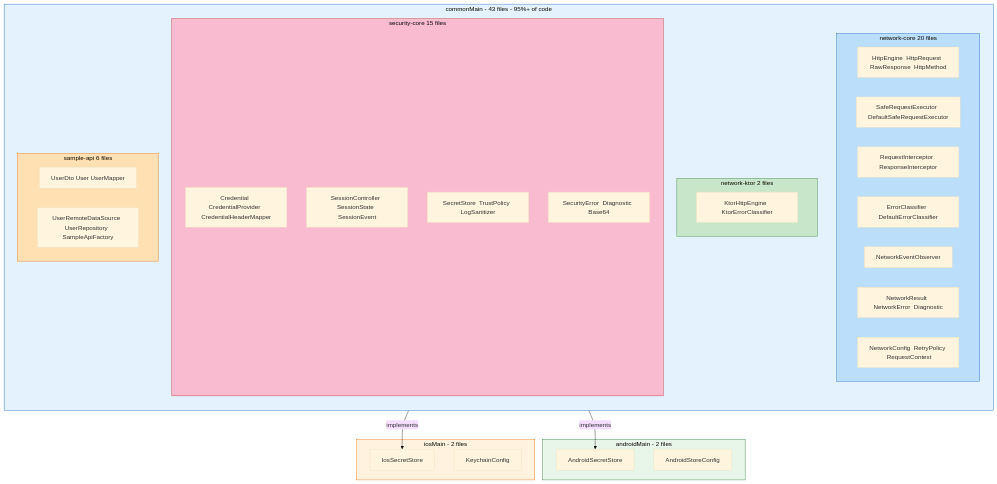
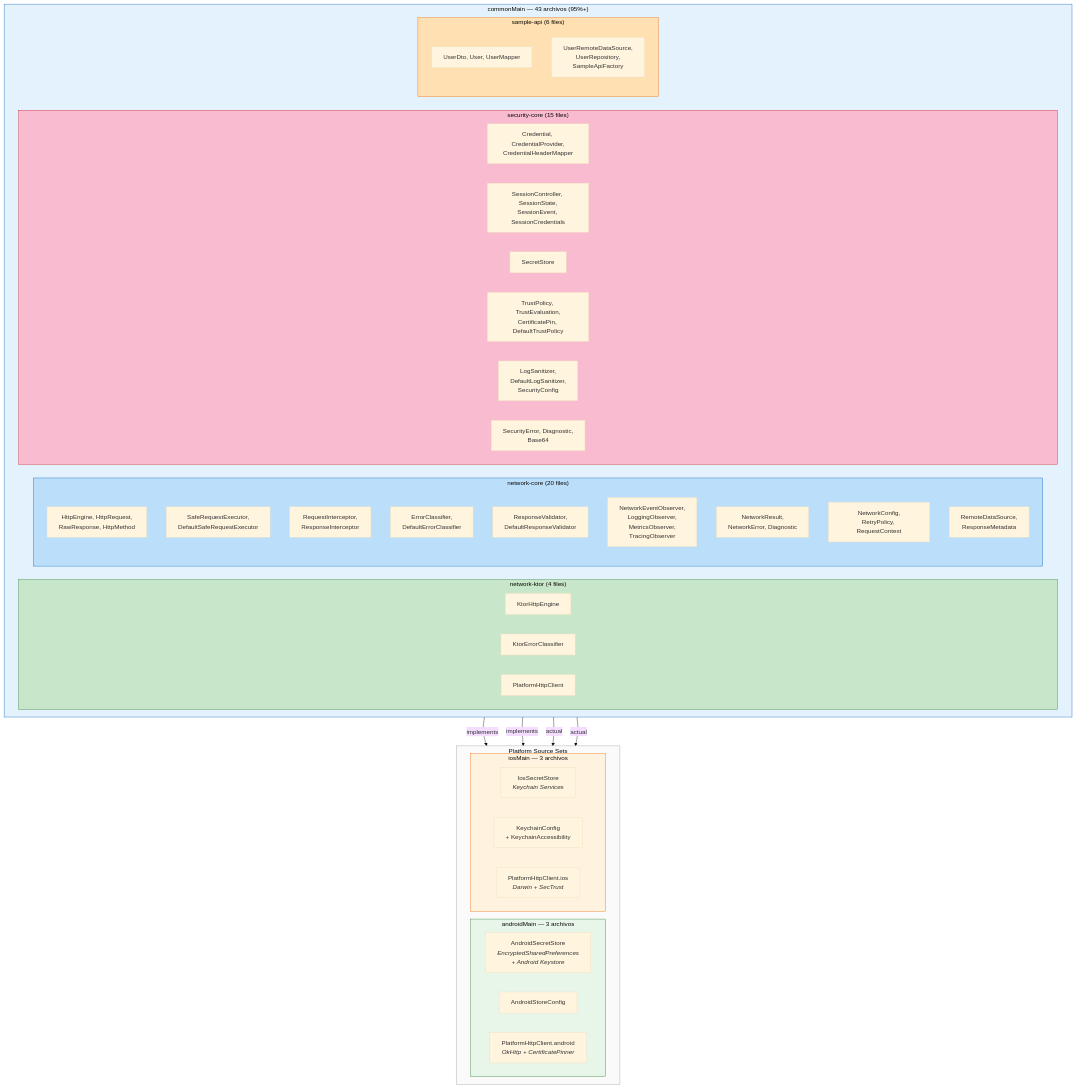
One commit to DanCrRdz93/core-data-platform changed the diagram in docs/diagrams/mmd/04-kmp-strategy.mmd. Above: the diagram before and after it, drawn with Mermaid (base theme). The commit also changed 18 other files, not shown here.

Commit message:
upgrade diagrams

```diff
--- a/docs/diagrams/mmd/04-kmp-strategy.mmd
+++ b/docs/diagrams/mmd/04-kmp-strategy.mmd
@@ -1,50 +1,64 @@
 graph TB
-    subgraph commonMain["commonMain  -  43 files  -  95%+ of code"]
-        direction TB
-        subgraph nc_common["network-core  20 files"]
-            NC1["HttpEngine  HttpRequest  RawResponse  HttpMethod"]
-            NC2["SafeRequestExecutor  DefaultSafeRequestExecutor"]
-            NC3["RequestInterceptor  ResponseInterceptor"]
-            NC4["ErrorClassifier  DefaultErrorClassifier"]
-            NC5["NetworkEventObserver"]
-            NC6["NetworkResult  NetworkError  Diagnostic"]
-            NC7["NetworkConfig  RetryPolicy  RequestContext"]
+    subgraph commonMain["commonMain — 43 archivos (95%+)"]
+        direction LR
+        subgraph nc_common["network-core (20 files)"]
+            NC1["HttpEngine, HttpRequest,<br/>RawResponse, HttpMethod"]
+            NC2["SafeRequestExecutor,<br/>DefaultSafeRequestExecutor"]
+            NC3["RequestInterceptor,<br/>ResponseInterceptor"]
+            NC4["ErrorClassifier,<br/>DefaultErrorClassifier"]
+            NC5["ResponseValidator,<br/>DefaultResponseValidator"]
+            NC6["NetworkEventObserver,<br/>LoggingObserver,<br/>MetricsObserver,<br/>TracingObserver"]
+            NC7["NetworkResult,<br/>NetworkError, Diagnostic"]
+            NC8["NetworkConfig,<br/>RetryPolicy, RequestContext"]
+            NC9["RemoteDataSource,<br/>ResponseMetadata"]
         end
 
-        subgraph nk_common["network-ktor  2 files"]
-            NK1["KtorHttpEngine  KtorErrorClassifier"]
+        subgraph nk_common["network-ktor (4 files)"]
+            NK1["KtorHttpEngine"]
+            NK2["KtorErrorClassifier"]
+            NK3["PlatformHttpClient"]
         end
 
-        subgraph sc_common["security-core  15 files"]
-            SC1["Credential  CredentialProvider  CredentialHeaderMapper"]
-            SC2["SessionController  SessionState  SessionEvent"]
-            SC3["SecretStore  TrustPolicy  LogSanitizer"]
-            SC4["SecurityError  Diagnostic  Base64"]
+        subgraph sc_common["security-core (15 files)"]
+            SC1["Credential, CredentialProvider,<br/>CredentialHeaderMapper"]
+            SC2["SessionController, SessionState,<br/>SessionEvent, SessionCredentials"]
+            SC3["SecretStore"]
+            SC4["TrustPolicy, TrustEvaluation,<br/>CertificatePin, DefaultTrustPolicy"]
+            SC5["LogSanitizer,<br/>DefaultLogSanitizer,<br/>SecurityConfig"]
+            SC6["SecurityError, Diagnostic,<br/>Base64"]
         end
 
-        subgraph sa_common["sample-api  6 files"]
-            SA1["UserDto  User  UserMapper"]
-            SA2["UserRemoteDataSource  UserRepository  SampleApiFactory"]
+        subgraph sa_common["sample-api (6 files)"]
+            SA1["UserDto, User, UserMapper"]
+            SA2["UserRemoteDataSource,<br/>UserRepository,<br/>SampleApiFactory"]
         end
     end
 
-    subgraph androidMain["androidMain  -  2 files"]
-        AND1["AndroidSecretStore"]
-        AND2["AndroidStoreConfig"]
+    subgraph platformMain["Platform Source Sets"]
+        direction LR
+        subgraph androidMain["androidMain — 3 archivos"]
+            AND1["AndroidSecretStore<br/><i>EncryptedSharedPreferences<br/>+ Android Keystore</i>"]
+            AND2["AndroidStoreConfig"]
+            AND3["PlatformHttpClient.android<br/><i>OkHttp + CertificatePinner</i>"]
+        end
+
+        subgraph iosMain["iosMain — 3 archivos"]
+            IOS1["IosSecretStore<br/><i>Keychain Services</i>"]
+            IOS2["KeychainConfig<br/>+ KeychainAccessibility"]
+            IOS3["PlatformHttpClient.ios<br/><i>Darwin + SecTrust</i>"]
+        end
     end
 
-    subgraph iosMain["iosMain  -  2 files"]
-        IOS1["IosSecretStore"]
-        IOS2["KeychainConfig"]
-    end
-
-    SC3 -->|implements| AND1
-    SC3 -->|implements| IOS1
+    SC3 -->|"implements"| AND1
+    SC3 -->|"implements"| IOS1
+    NK3 -->|"actual"| AND3
+    NK3 -->|"actual"| IOS3
 
     style commonMain fill:#e3f2fd,stroke:#1565c0
+    style platformMain fill:#fafafa,stroke:#9e9e9e
     style androidMain fill:#e8f5e9,stroke:#2e7d32
     style iosMain fill:#fff3e0,stroke:#ef6c00
     style nc_common fill:#bbdefb,stroke:#1565c0
     style nk_common fill:#c8e6c9,stroke:#2e7d32
     style sc_common fill:#f8bbd0,stroke:#c62828
     style sa_common fill:#ffe0b2,stroke:#ef6c00
```
